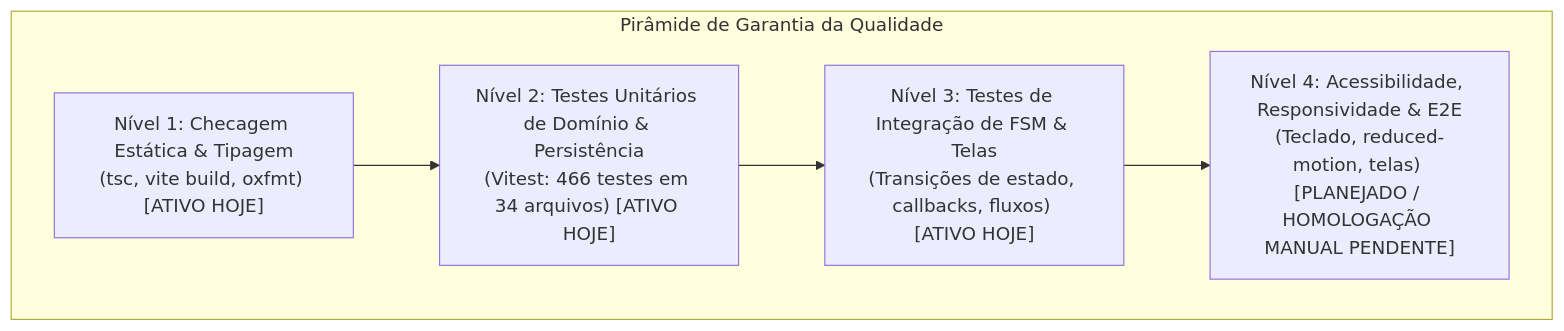
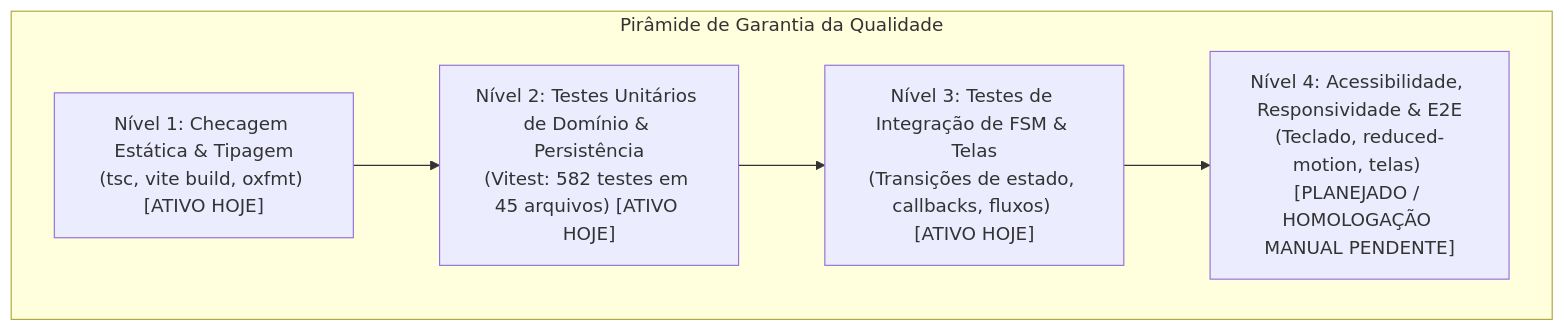
One commit to MarcosV22/ClickOrder changed the diagram in docs/wiki/08-testing-and-quality.md. Above: the diagram before and after it, drawn with Mermaid. The commit also changed other lines of this file and 37 other files, not shown here.

````diff
--- a/docs/wiki/08-testing-and-quality.md
+++ b/docs/wiki/08-testing-and-quality.md
@@ -66,13 +71,13 @@
 ```mermaid
 graph TD
     subgraph Piramide_Qualidade ["Pirâmide de Garantia da Qualidade"]
         N1["Nível 1: Checagem Estática & Tipagem\n(tsc, vite build, oxfmt) [ATIVO HOJE]"]
-        N2["Nível 2: Testes Unitários de Domínio & Persistência\n(Vitest: 466 testes em 34 arquivos) [ATIVO HOJE]"]
+        N2["Nível 2: Testes Unitários de Domínio & Persistência\n(Vitest: 582 testes em 45 arquivos) [ATIVO HOJE]"]
         N3["Nível 3: Testes de Integração de FSM & Telas\n(Transições de estado, callbacks, fluxos) [ATIVO HOJE]"]
         N4["Nível 4: Acessibilidade, Responsividade & E2E\n(Teclado, reduced-motion, telas) [PLANEJADO / HOMOLOGAÇÃO MANUAL PENDENTE]"]
 
         N1 --> N2
         N2 --> N3
         N3 --> N4
     end
 ```
````
